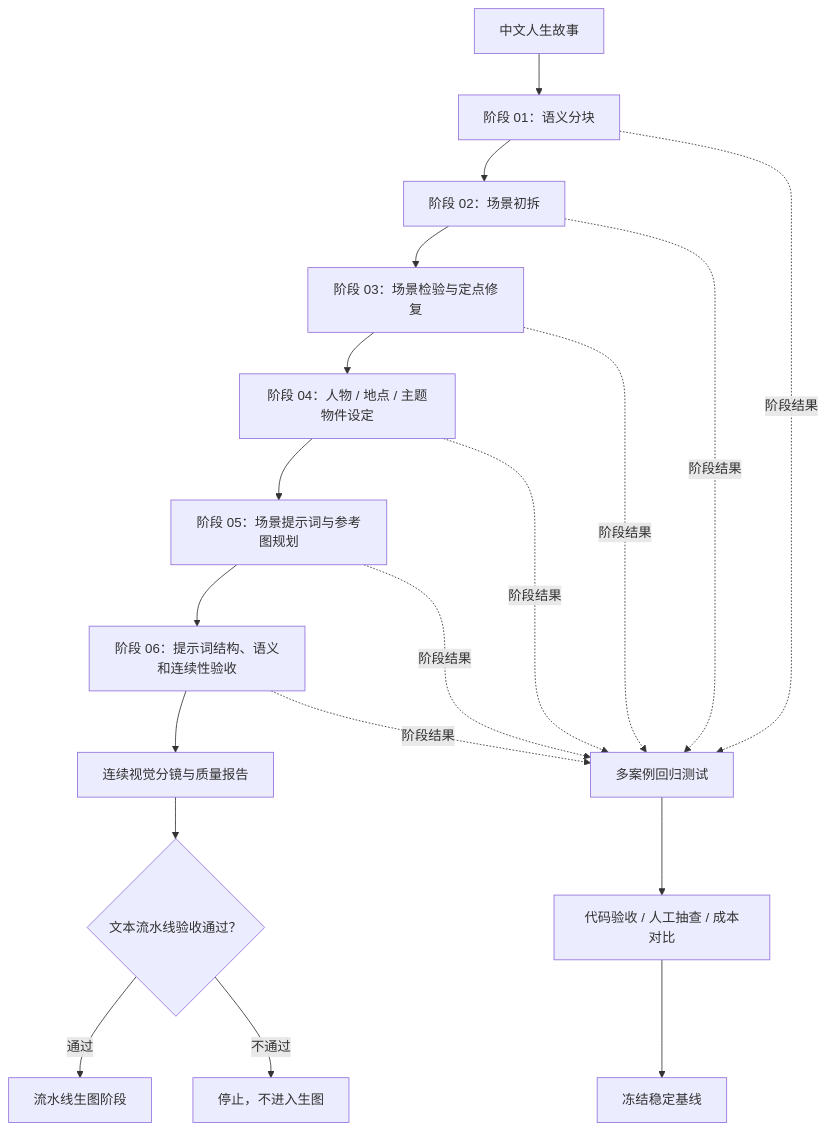
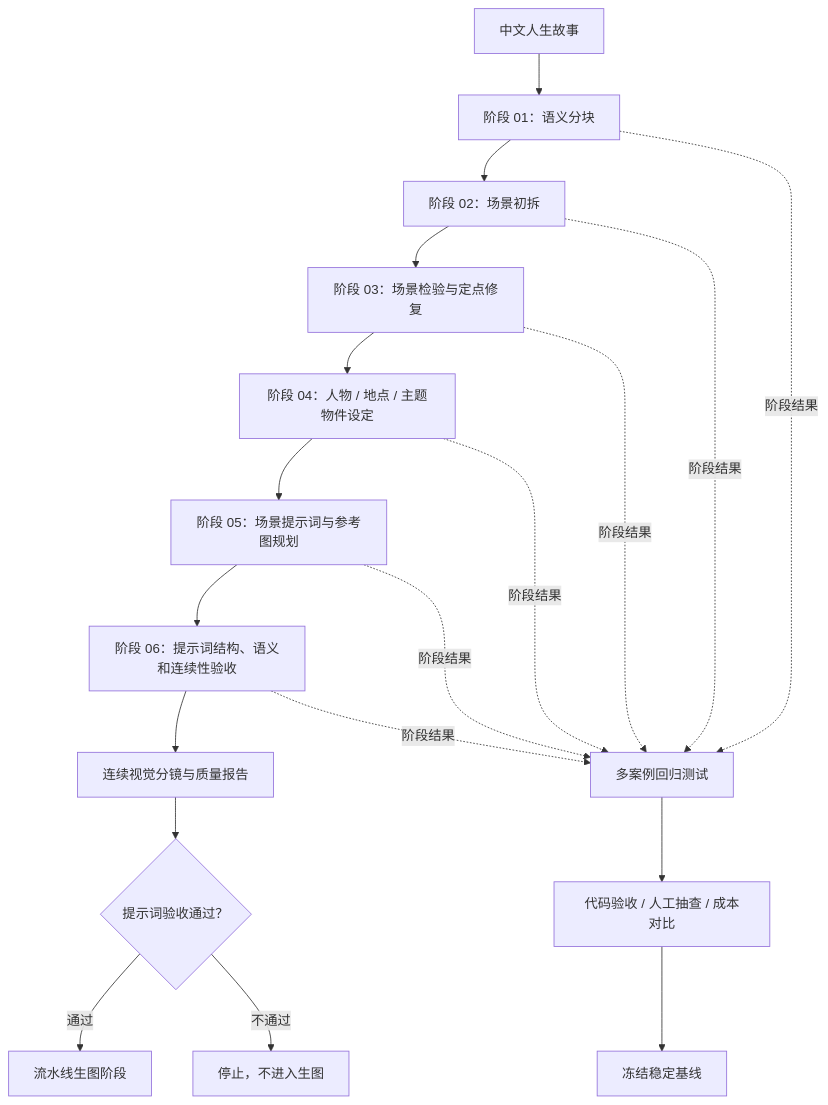
The diagram in README.md (mayikanga/ai-narrative-pipeline-portfolio), drawn with Mermaid before and after one commit.

Commit message:
调整提示词验收节点文案

````diff
--- a/README.md
+++ b/README.md
@@ -66,23 +66,23 @@
 ```mermaid
 flowchart TB
     A["中文人生故事"] --> B["阶段 01：语义分块"]
     B --> C["阶段 02：场景初拆"]
     C --> D["阶段 03：场景检验与定点修复"]
     D --> E["阶段 04：人物 / 地点 / 主题物件设定"]
     E --> F["阶段 05：场景提示词与参考图规划"]
     F --> G["阶段 06：提示词结构、语义和连续性验收"]
     G --> H["连续视觉分镜与质量报告"]
 
     B -.阶段结果.-> R["多案例回归测试"]
     C -.阶段结果.-> R
     D -.阶段结果.-> R
     E -.阶段结果.-> R
     F -.阶段结果.-> R
     G -.阶段结果.-> R
     R --> S["代码验收 / 人工抽查 / 成本对比"]
     S --> T["冻结稳定基线"]
 
-    H --> Q{"文本流水线验收通过？"}
+    H --> Q{"提示词验收通过？"}
     Q -->|"通过"| I["流水线生图阶段"]
     Q -->|"不通过"| X["停止，不进入生图"]
 ```
````
